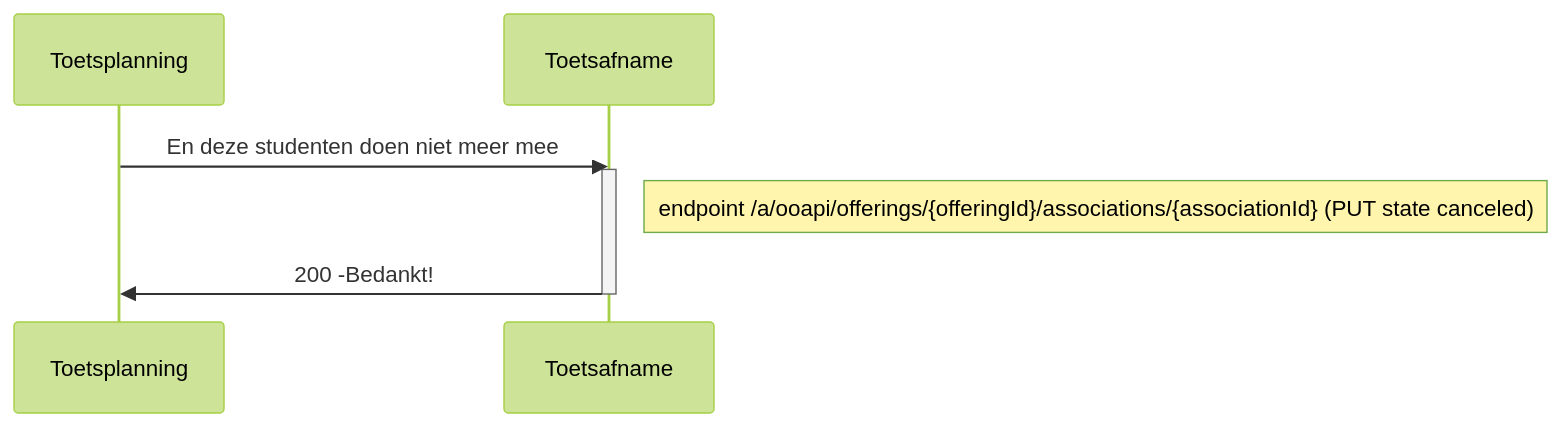
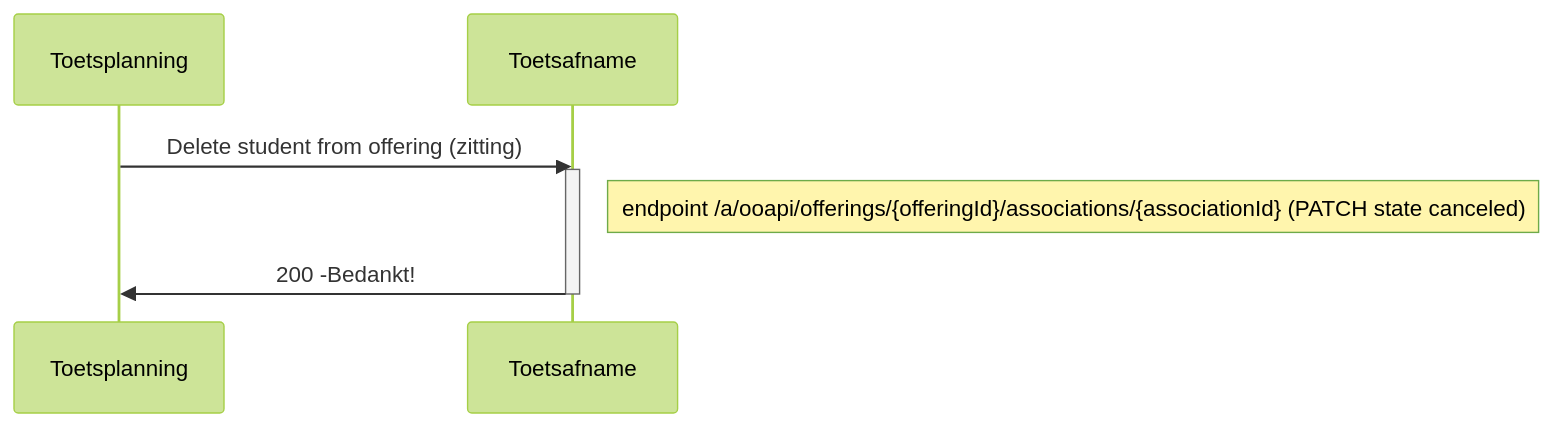
Before and after one commit to NetwerkExamineringDigitalisering/NED-OOAPI: the sixth of 8 diagrams in doc/flow2.md, drawn with Mermaid (forest theme). The commit also changed other lines of this file, not shown here.

First line of the commit message:
Update flow2.md

````diff
--- a/doc/flow2.md
+++ b/doc/flow2.md
@@ -297,8 +297,8 @@
 ```mermaid
 sequenceDiagram
-    Toetsplanning->>Toetsafname: En deze studenten doen niet meer mee
+    Toetsplanning->>Toetsafname: Delete student from offering (zitting)
     activate Toetsafname
-    Note right of Toetsafname: endpoint /a/ooapi/offerings/{offeringId}/associations/{associationId} (PUT state canceled)
+    Note right of Toetsafname: endpoint /a/ooapi/offerings/{offeringId}/associations/{associationId} (PATCH state canceled)
     Toetsafname->>Toetsplanning: 200 -Bedankt!
     deactivate Toetsafname
 ```
````
